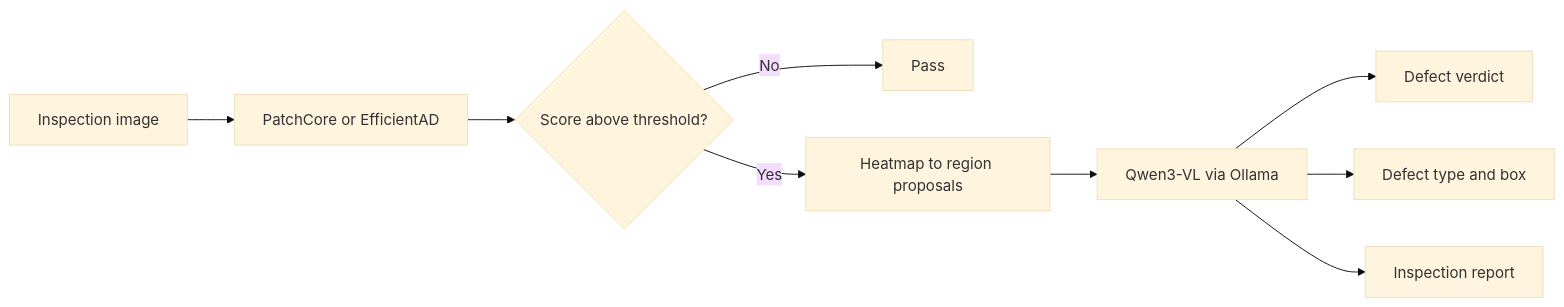
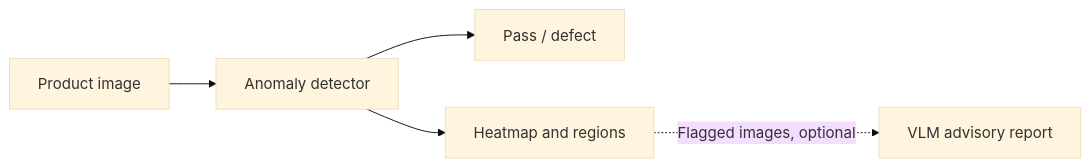
The diagram in README.md (autrin/defect-sense), drawn with Mermaid (base theme) before and after one commit. The commit also changed other lines of this file and 33 other files, not shown here.

````diff
--- a/README.md
+++ b/README.md
@@ -36,11 +26,7 @@
 ```mermaid
 flowchart LR
-    A[Inspection image] --> B[PatchCore or EfficientAD]
-    B --> C{Score above threshold?}
-    C -- No --> D[Pass]
-    C -- Yes --> E[Heatmap to region proposals]
-    E --> F[Qwen3-VL via Ollama]
-    F --> G[Defect verdict]
-    F --> H[Defect type and box]
-    F --> I[Inspection report]
+    A[Product image] --> B[Anomaly detector]
+    B --> C[Pass / defect]
+    B --> D[Heatmap and regions]
+    D -. Flagged images, optional .-> E[VLM advisory report]
 ```
````
